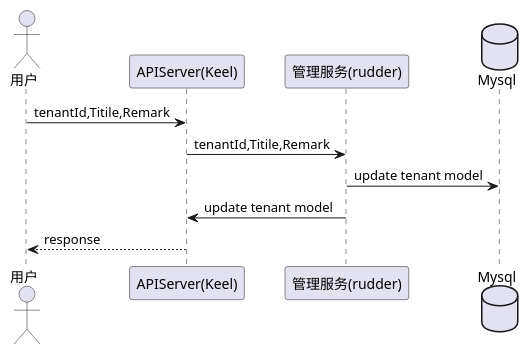
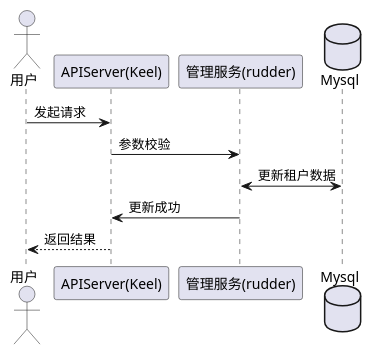
One commit to tkeel-io/docs changed the second of 6 diagrams in docs/api/appendix/plantuml/tenant-manager-admin.md. Above: the diagram before and after it, drawn with PlantUML. The commit also changed other lines of this file, not shown here.

````diff
--- a/docs/api/appendix/plantuml/tenant-manager-admin.md
+++ b/docs/api/appendix/plantuml/tenant-manager-admin.md
@@ -28,15 +26,14 @@
 ```plantuml
 @startuml
 actor 用户 as user
 participant "APIServer(Keel)"  as keel
 participant "管理服务(rudder)"  as tenantService
 database "Mysql" as rbacOp
-participant rbacOp
 
-user->keel:tenantId,Titile,Remark
-keel->tenantService:tenantId,Titile,Remark
-tenantService->rbacOp:update tenant model
-tenantService->keel:update tenant model
-keel-->user:response
+user->keel:发起请求
+keel->tenantService:参数校验
+tenantService<->rbacOp:更新租户数据
+tenantService->keel:更新成功
+keel-->user:返回结果
 @enduml
 ```
````
